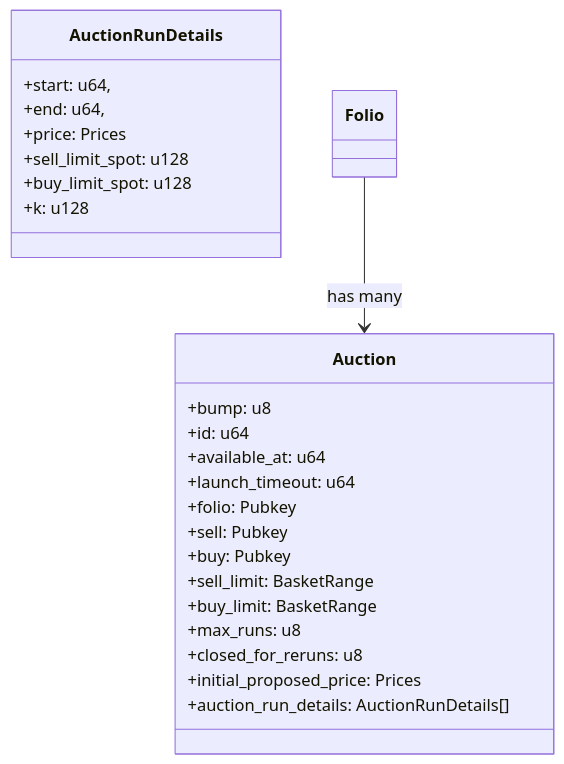
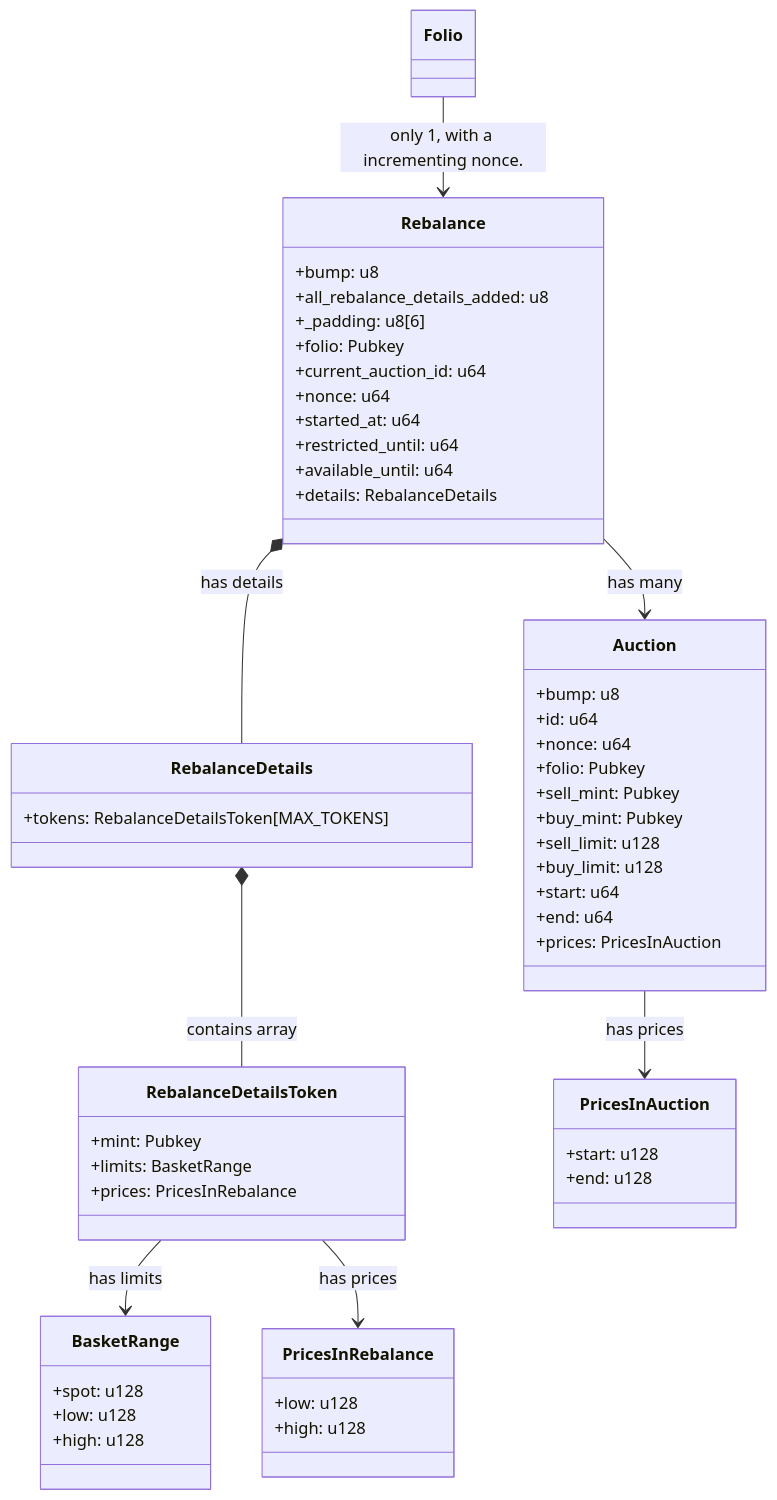
Before and after one commit to reserve-protocol/reserve-index-dtfs-solana: the second of 6 diagrams in README.md, drawn with Mermaid. The commit also changed other lines of this file and 21 other files, not shown here.

Commit message:
feat: allow creation of reward token mint multiple times

````diff
--- a/README.md
+++ b/README.md
@@ -486,29 +486,75 @@
 ```mermaid
 classDiagram
+    class Rebalance {
+        +bump: u8
+        +all_rebalance_details_added: u8
+        +_padding: u8[6]
+        +folio: Pubkey
+        +current_auction_id: u64
+        +nonce: u64
+        +started_at: u64
+        +restricted_until: u64
+        +available_until: u64
+        +details: RebalanceDetails
+    }
+
+    class RebalanceDetails {
+        +tokens: RebalanceDetailsToken[MAX_TOKENS]
+    }
+
+    %% Individual token details within rebalance
+    class RebalanceDetailsToken {
+        +mint: Pubkey
+        +limits: BasketRange
+        +prices: PricesInRebalance
+    }
+
+    %% Price structure for rebalance operations The price is with respect to a common token `Z` or real us dollar value
+    class PricesInRebalance {
+        %% D18{UoA/tok}
+        +low: u128
+        %% D18{UoA/tok}
+        +high: u128
+    }
+
+    %% Price structure for auction operations X with respect to Y where X and Y are in same auction.
+    class PricesInAuction {
+        %% D18{buyTok/sellTok}
+        +start: u128
+        %% D18{buyTok/sellTok}
+        +end: u128
+    }
+
+   %% Token basket range limits
+    class BasketRange {
+        %% D18{tok/share}
+        +spot: u128
+        %% D18{tok/share} inclusive
+        +low: u128
+        %% D18{tok/share} inclusive
+        +high: u128
+    }
+
     class Auction {
         +bump: u8
         +id: u64
-        +available_at: u64
-        +launch_timeout: u64
+        +nonce: u64
         +folio: Pubkey
-        +sell: Pubkey
-        +buy: Pubkey
-        +sell_limit: BasketRange
-        +buy_limit: BasketRange
-        +max_runs: u8
-        +closed_for_reruns: u8
-        +initial_proposed_price: Prices
-        +auction_run_details: AuctionRunDetails[]
+        +sell_mint: Pubkey
+        +buy_mint: Pubkey
+        +sell_limit: u128
+        +buy_limit: u128
+        +start: u64
+        +end: u64
+        +prices: PricesInAuction
     }
 
-    class AuctionRunDetails{
-        +start: u64,
-        +end: u64,
-        +price: Prices
-        +sell_limit_spot: u128
-        +buy_limit_spot: u128
-        +k: u128
-    }
+    Folio --> Rebalance: only 1, with a incrementing nonce.
+    Rebalance --> Auction: has many
+    Auction  --> PricesInAuction: has prices
 
-    Folio --> Auction: has many
+    Rebalance *-- RebalanceDetails: has details
+    RebalanceDetails *-- RebalanceDetailsToken: contains array
+    RebalanceDetailsToken --> BasketRange: has limits
+    RebalanceDetailsToken --> PricesInRebalance: has prices
 ```
````
